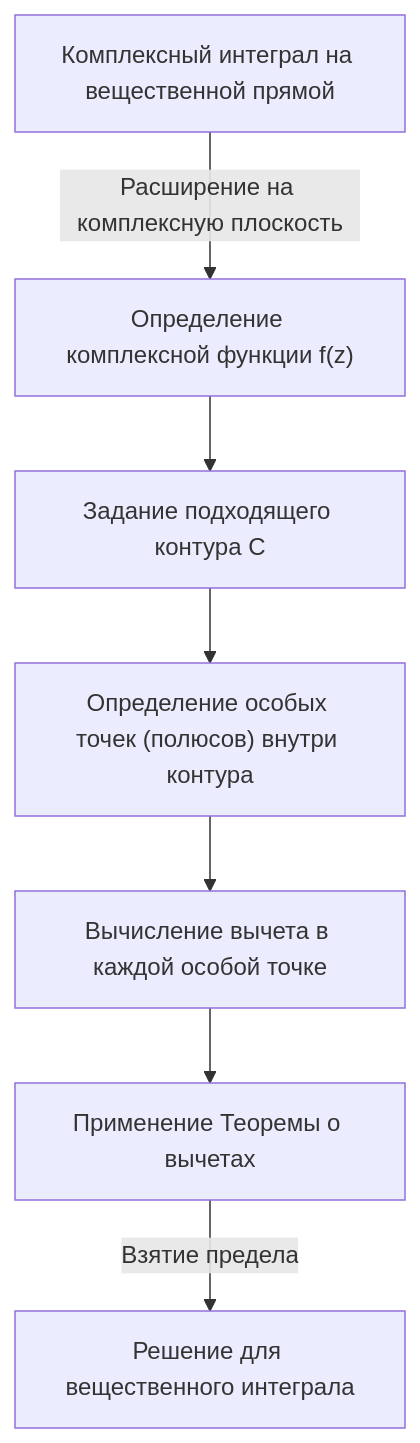
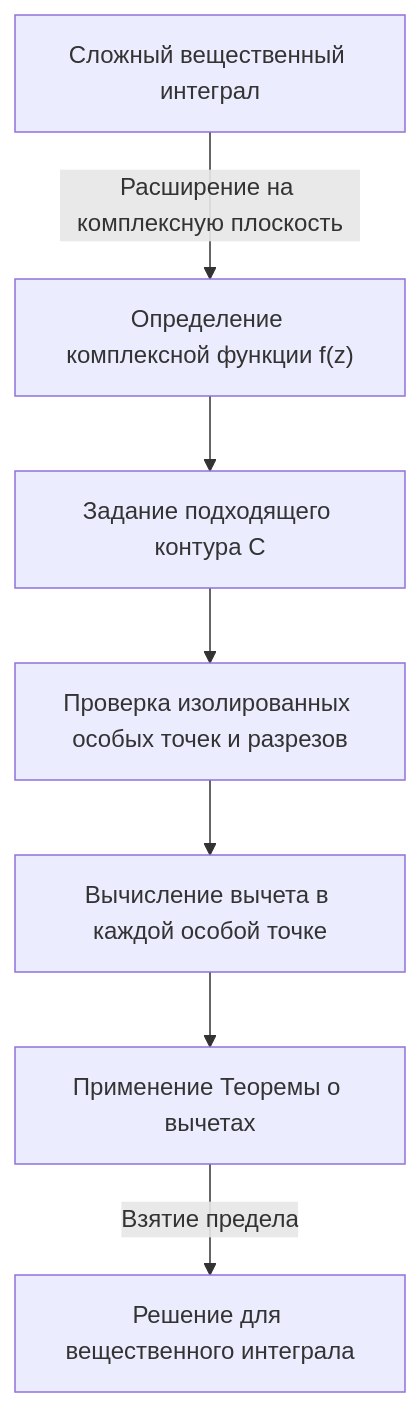
The first of 3 diagrams in content/post/residue-theorem/index.ru.md (kenjinote/blog), drawn with Mermaid before and after one commit. The commit also changed other lines of this file and 7 other files, not shown here.

````diff
--- a/content/post/residue-theorem/index.ru.md
+++ b/content/post/residue-theorem/index.ru.md
@@ -33,9 +34,9 @@
 ```mermaid
 flowchart TD
-    A["Комплексный интеграл на вещественной прямой"] -->|"Расширение на комплексную плоскость"| B["Определение комплексной функции f(z)"]
+    A["Сложный вещественный интеграл"] -->|"Расширение на комплексную плоскость"| B["Определение комплексной функции f(z)"]
     B --> C["Задание подходящего контура C"]
-    C --> D["Определение особых точек (полюсов) внутри контура"]
+    C --> D["Проверка изолированных особых точек и разрезов"]
     D --> E["Вычисление вычета в каждой особой точке"]
     E --> F["Применение Теоремы о вычетах"]
     F -->|"Взятие предела"| G["Решение для вещественного интеграла"]
 ```
````
